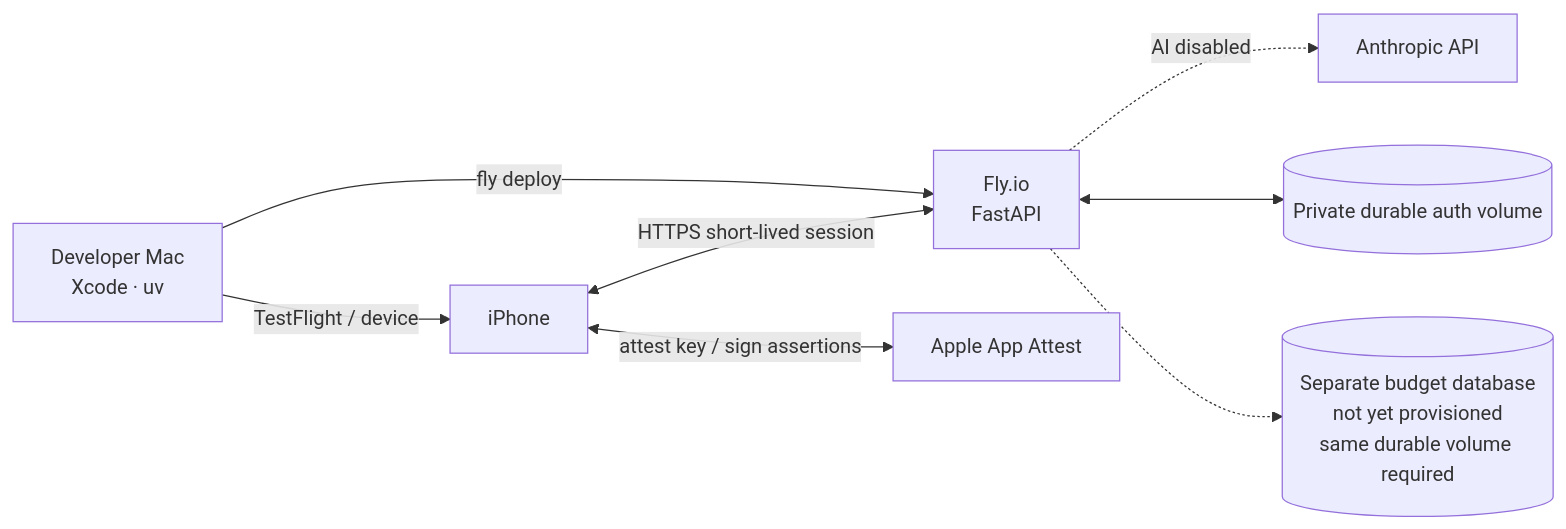
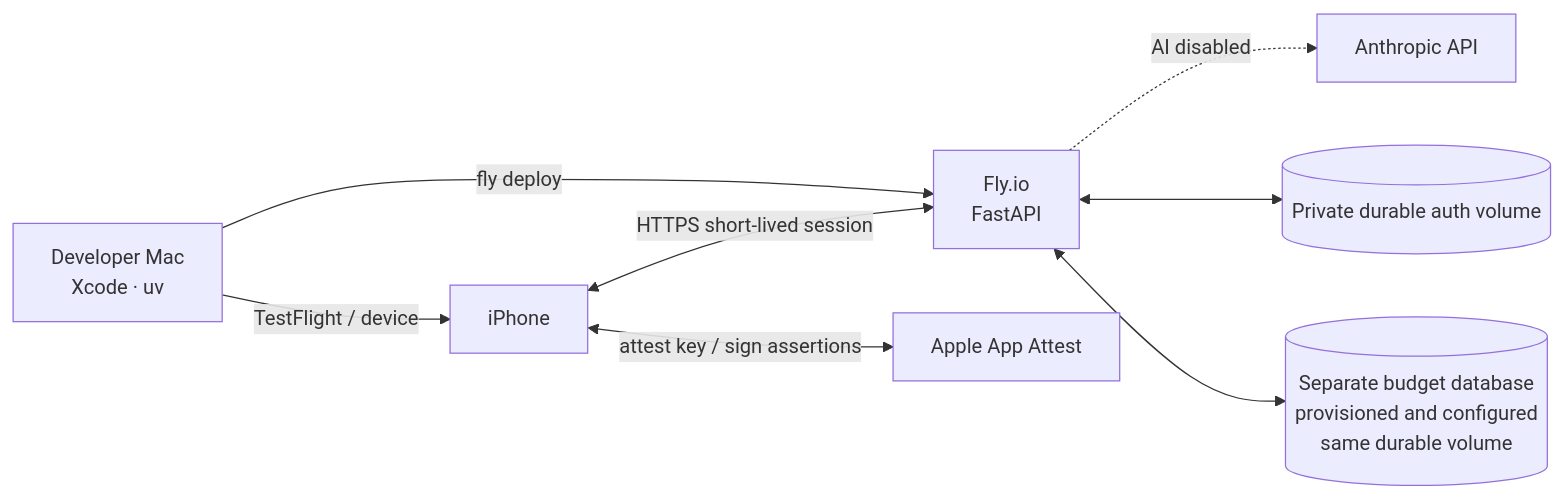
Before and after one commit to tzehon/wardrobe-stylist: the sixth of 6 diagrams in docs/architecture.md, drawn with Mermaid. The commit also changed other lines of this file and 10 other files, not shown here.

Commit message:
docs: synchronize remaining guides with configured Fly v12

````diff
--- a/docs/architecture.md
+++ b/docs/architecture.md
@@ -296,10 +300,10 @@
 ```mermaid
 flowchart LR
     Dev["Developer Mac<br/>Xcode · uv"] -->|"TestFlight / device"| Phone["iPhone"]
     Dev -->|"fly deploy"| Fly["Fly.io<br/>FastAPI"]
     Phone <-->|"HTTPS short-lived session"| Fly
     Fly -.->|"AI disabled"| Anthropic["Anthropic API"]
     Phone <-->|"attest key / sign assertions"| Apple["Apple App Attest"]
     Fly <--> AuthDB[("Private durable auth volume")]
-    Fly -.-> BudgetDB[("Separate budget database<br/>not yet provisioned<br/>same durable volume required")]
+    Fly <--> BudgetDB[("Separate budget database<br/>provisioned and configured<br/>same durable volume")]
 ```
````
